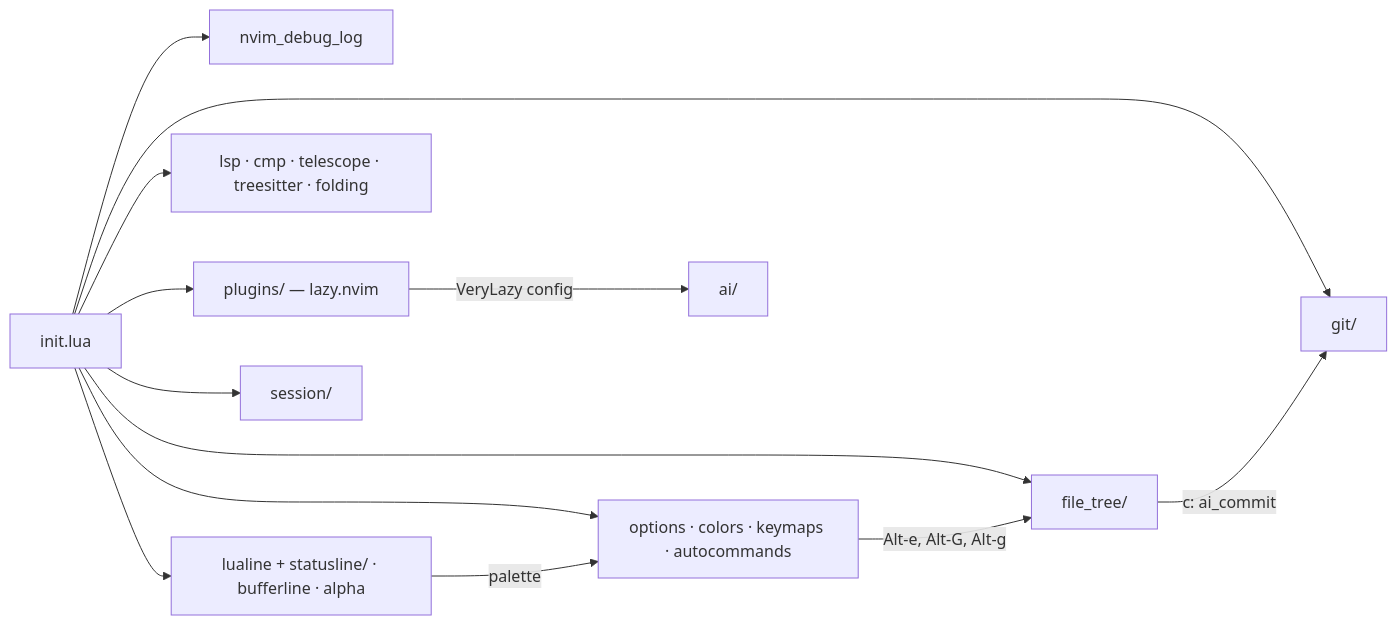
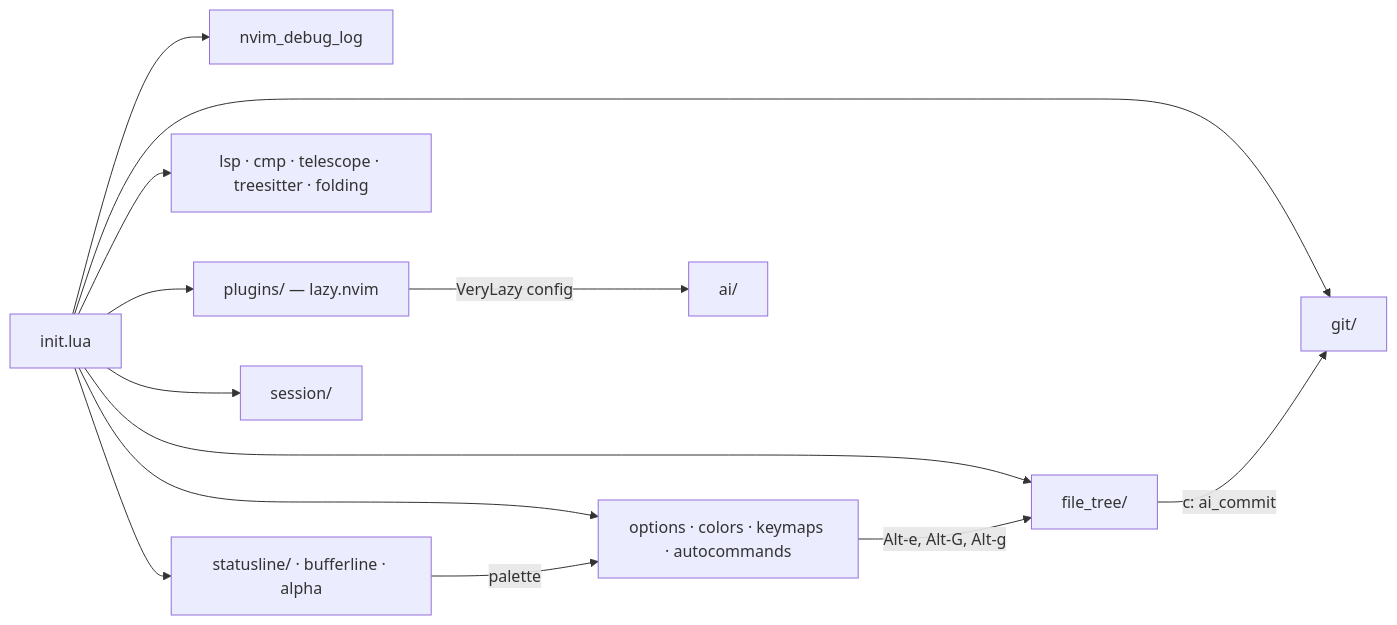
One commit to GlebBeloded/nvim.config changed the first of 4 diagrams in docs/architecture.md. Above: the diagram before and after it, drawn with Mermaid. The commit also changed other lines of this file and 7 other files, not shown here.

Commit message:
refactor: statusline owns lualine setup, alpha.lua, session returns nothing

````diff
--- a/docs/architecture.md
+++ b/docs/architecture.md
@@ -44,19 +44,19 @@
 ```mermaid
 flowchart LR
     init["init.lua"]
     dbg["nvim_debug_log"]
     lazy["plugins/ — lazy.nvim"]
     core["options · colors · keymaps · autocommands"]
     edit["lsp · cmp · telescope · treesitter · folding"]
-    ui["lualine + statusline/ · bufferline · alpha"]
+    ui["statusline/ · bufferline · alpha"]
     ft["file_tree/"]
     git["git/"]
     ses["session/"]
     ai["ai/"]
 
     init --> dbg & lazy & core & edit & ui & ft & git & ses
     lazy -- "VeryLazy config" --> ai
     core -- "Alt-e, Alt-G, Alt-g" --> ft
     ft -- "c: ai_commit" --> git
     ui -- "palette" --> core
 ```
````
